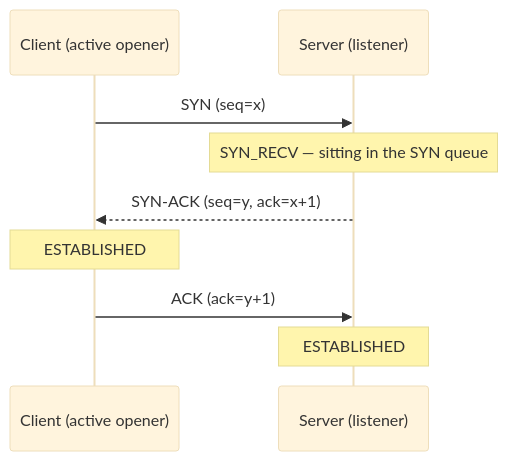
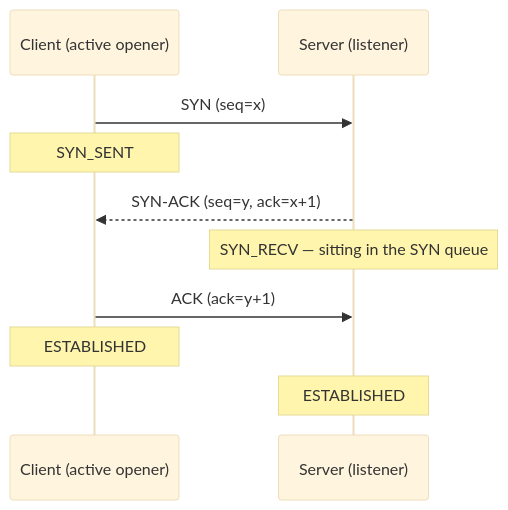
Before and after one commit to zenki209/myblog: the first of 2 diagrams in _posts/2026-09-01-how-tcp-ack-work.md, drawn with Mermaid (base theme). The commit also changed other lines of this file and 1 other file, not shown here.

Commit message:
refactor: Add mermaid + format blog

````diff
--- a/_posts/2026-09-01-how-tcp-ack-work.md
+++ b/_posts/2026-09-01-how-tcp-ack-work.md
@@ -21,11 +21,12 @@
 ```mermaid
 sequenceDiagram
     participant C as Client (active opener)
     participant S as Server (listener)
     C->>S: SYN (seq=x)
+    Note over C: SYN_SENT
+    S-->>C: SYN-ACK (seq=y, ack=x+1)
     Note over S: SYN_RECV — sitting in the SYN queue
-    S-->>C: SYN-ACK (seq=y, ack=x+1)
+    C->>S: ACK (ack=y+1)
     Note over C: ESTABLISHED
-    C->>S: ACK (ack=y+1)
     Note over S: ESTABLISHED
 ```
````
